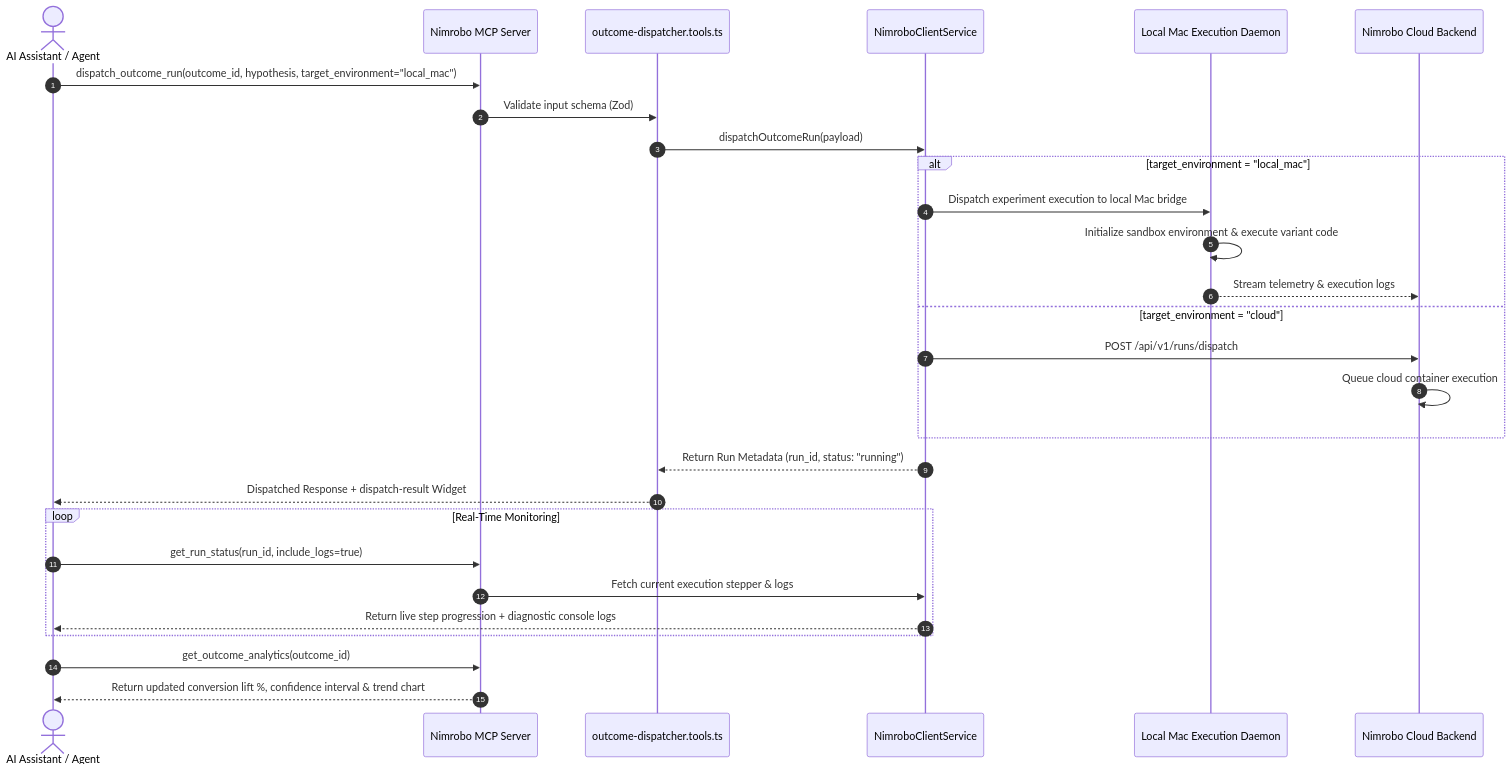
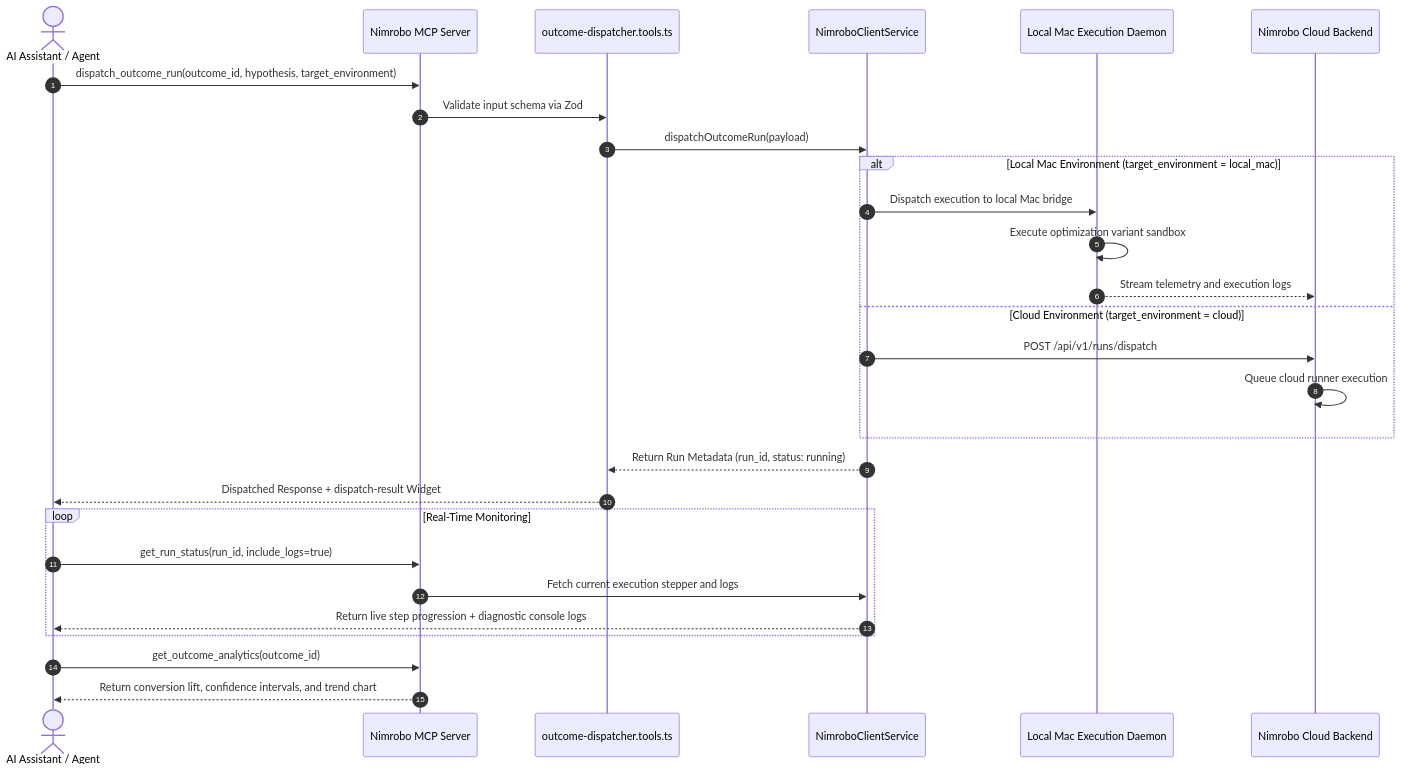
Before and after one commit to hemantj-cloud/nimroboai-mcp-server: the third of 3 diagrams in README.md, drawn with Mermaid. The commit also changed other lines of this file, not shown here.

Commit message:
fix(docs): fix Mermaid diagram syntax for universal markdown renderer compatibility

````diff
--- a/README.md
+++ b/README.md
@@ -193,35 +187,35 @@
 ```mermaid
 sequenceDiagram
     autonumber
     actor Agent as AI Assistant / Agent
     participant MCP as Nimrobo MCP Server
     participant Dispatcher as outcome-dispatcher.tools.ts
     participant Client as NimroboClientService
     participant MacDaemon as Local Mac Execution Daemon
     participant CloudAPI as Nimrobo Cloud Backend
 
-    Agent->>MCP: dispatch_outcome_run(outcome_id, hypothesis, target_environment="local_mac")
-    MCP->>Dispatcher: Validate input schema (Zod)
+    Agent->>MCP: dispatch_outcome_run(outcome_id, hypothesis, target_environment)
+    MCP->>Dispatcher: Validate input schema via Zod
     Dispatcher->>Client: dispatchOutcomeRun(payload)
 
-    alt target_environment = "local_mac"
-        Client->>MacDaemon: Dispatch experiment execution to local Mac bridge
-        MacDaemon->>MacDaemon: Initialize sandbox environment & execute variant code
-        MacDaemon-->>CloudAPI: Stream telemetry & execution logs
-    else target_environment = "cloud"
+    alt Local Mac Environment (target_environment = local_mac)
+        Client->>MacDaemon: Dispatch execution to local Mac bridge
+        MacDaemon->>MacDaemon: Execute optimization variant sandbox
+        MacDaemon-->>CloudAPI: Stream telemetry and execution logs
+    else Cloud Environment (target_environment = cloud)
         Client->>CloudAPI: POST /api/v1/runs/dispatch
-        CloudAPI->>CloudAPI: Queue cloud container execution
+        CloudAPI->>CloudAPI: Queue cloud runner execution
     end
 
-    Client-->>Dispatcher: Return Run Metadata (run_id, status: "running")
+    Client-->>Dispatcher: Return Run Metadata (run_id, status: running)
     Dispatcher-->>Agent: Dispatched Response + dispatch-result Widget
 
     loop Real-Time Monitoring
         Agent->>MCP: get_run_status(run_id, include_logs=true)
-        MCP->>Client: Fetch current execution stepper & logs
+        MCP->>Client: Fetch current execution stepper and logs
         Client-->>Agent: Return live step progression + diagnostic console logs
     end
 
     Agent->>MCP: get_outcome_analytics(outcome_id)
-    MCP-->>Agent: Return updated conversion lift %, confidence interval & trend chart
+    MCP-->>Agent: Return conversion lift, confidence intervals, and trend chart
 ```
````
